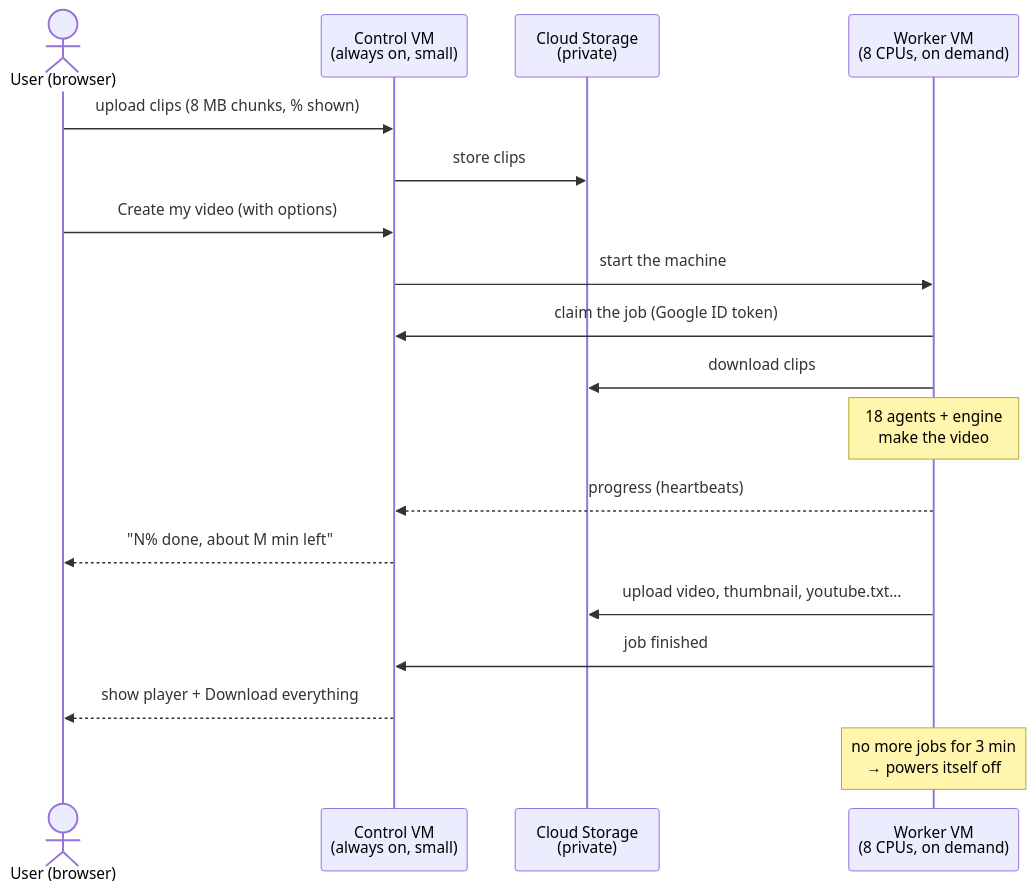
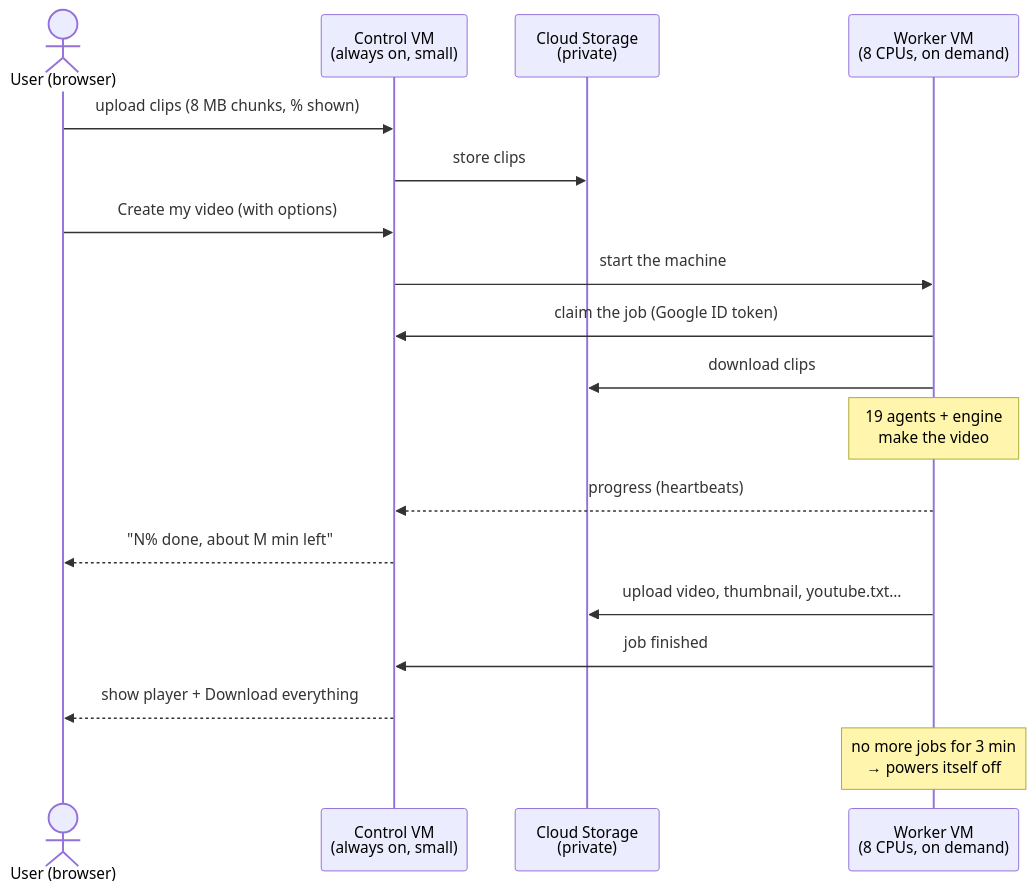
The sixth of 6 diagrams in README.md (akanshalakhina/Alpha_Titans_AI), drawn with Mermaid before and after one commit. The commit also changed other lines of this file and 16 other files, not shown here.

````diff
--- a/README.md
+++ b/README.md
@@ -310,21 +324,21 @@
 ```mermaid
 sequenceDiagram
     actor U as User (browser)
     participant C as Control VM<br/>(always on, small)
     participant S as Cloud Storage<br/>(private)
     participant W as Worker VM<br/>(8 CPUs, on demand)
 
     U->>C: upload clips (8 MB chunks, % shown)
     C->>S: store clips
     U->>C: Create my video (with options)
     C->>W: start the machine
     W->>C: claim the job (Google ID token)
     W->>S: download clips
-    Note over W: 18 agents + engine<br/>make the video
+    Note over W: 19 agents + engine<br/>make the video
     W-->>C: progress (heartbeats)
     C-->>U: "N% done, about M min left"
     W->>S: upload video, thumbnail, youtube.txt…
     W->>C: job finished
     C-->>U: show player + Download everything
     Note over W: no more jobs for 3 min<br/>→ powers itself off
 ```
````
